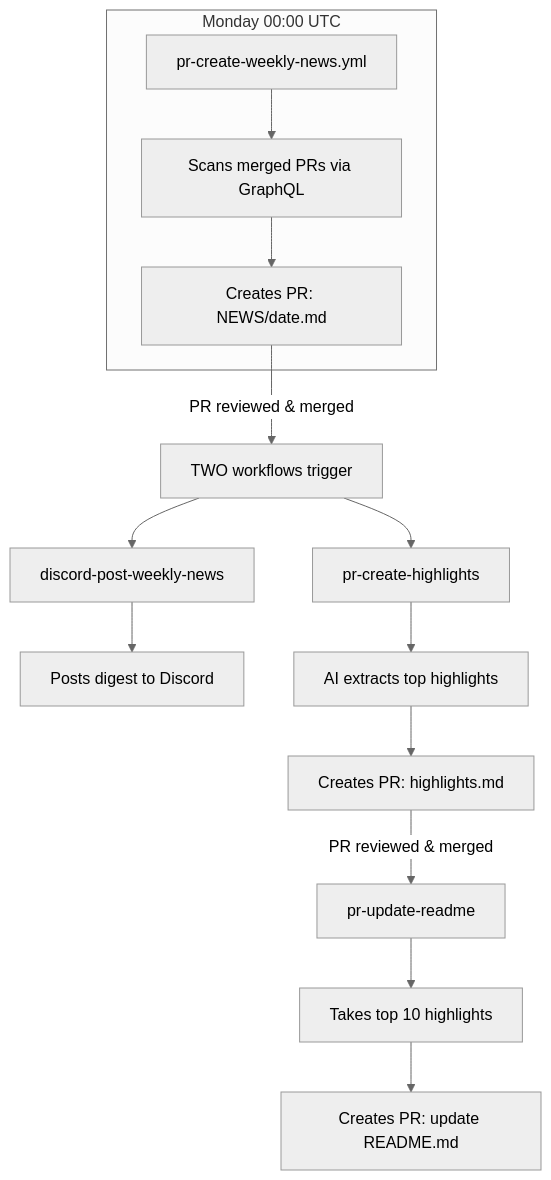
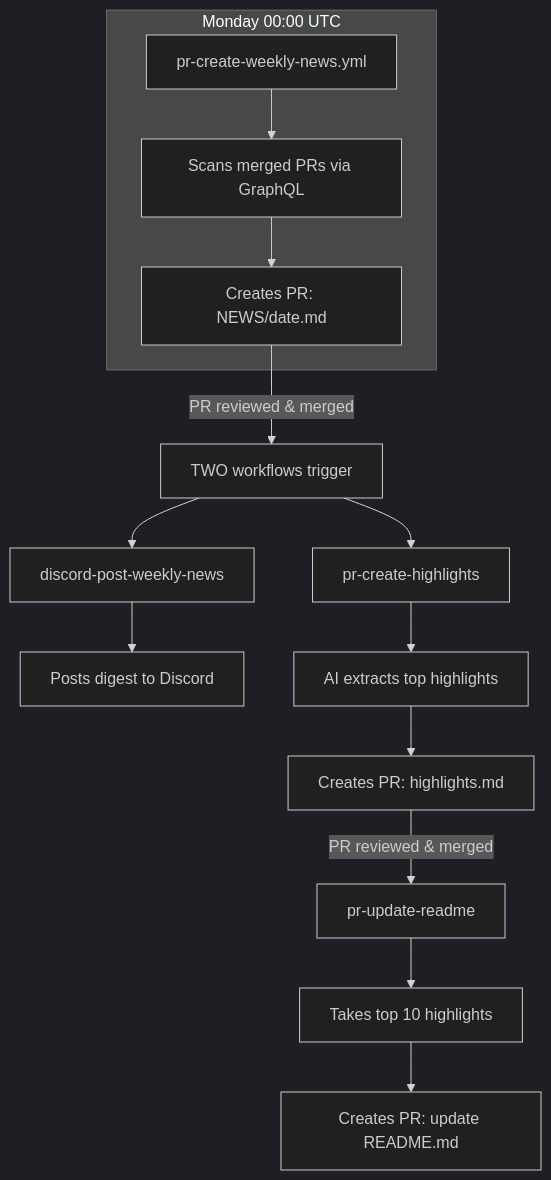
The second of 3 diagrams in .github/workflows/README.md (pollinations/pollinations), drawn with Mermaid before and after one commit. The commit also changed other lines of this file, not shown here.

First line of the commit message:
Change mermaid chart themes to 'dark'

````diff
--- a/.github/workflows/README.md
+++ b/.github/workflows/README.md
@@ -109,22 +109,22 @@
 ```mermaid
-%%{init: {'theme': 'neutral'}}%%
+%%{init: {'theme': 'dark'}}%%
 flowchart TD
     subgraph CRON["Monday 00:00 UTC"]
         A[pr-create-weekly-news.yml] --> B[Scans merged PRs via GraphQL]
         B --> C[Creates PR: NEWS/date.md]
     end
 
     C -->|PR reviewed & merged| D[TWO workflows trigger]
 
     D --> E[discord-post-weekly-news]
     D --> F[pr-create-highlights]
 
     E --> G[Posts digest to Discord]
 
     F --> H[AI extracts top highlights]
     H --> I[Creates PR: highlights.md]
 
     I -->|PR reviewed & merged| J[pr-update-readme]
     J --> K[Takes top 10 highlights]
     K --> L[Creates PR: update README.md]
 ```
````
